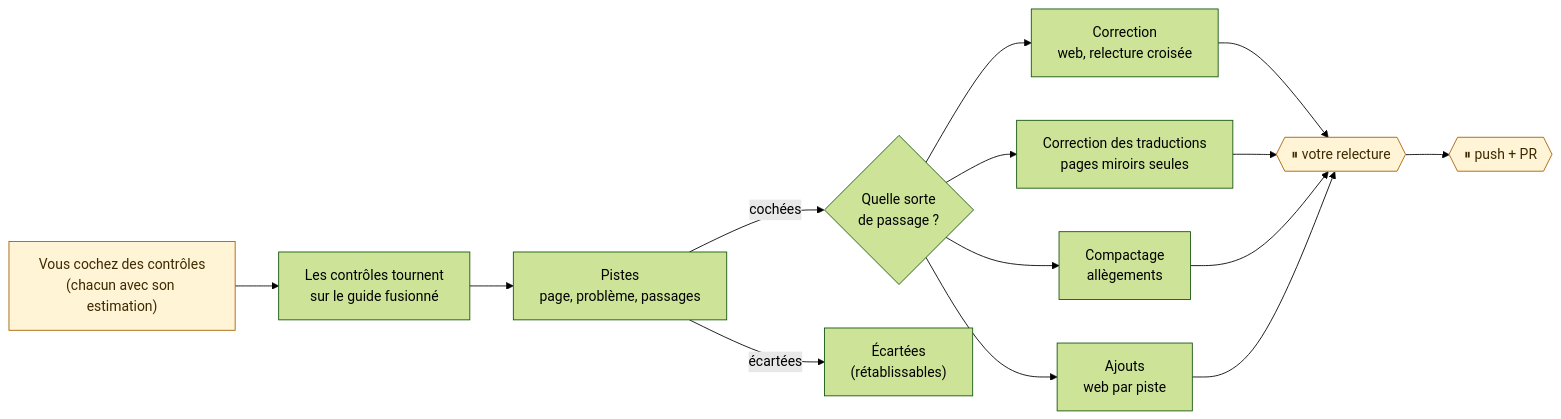
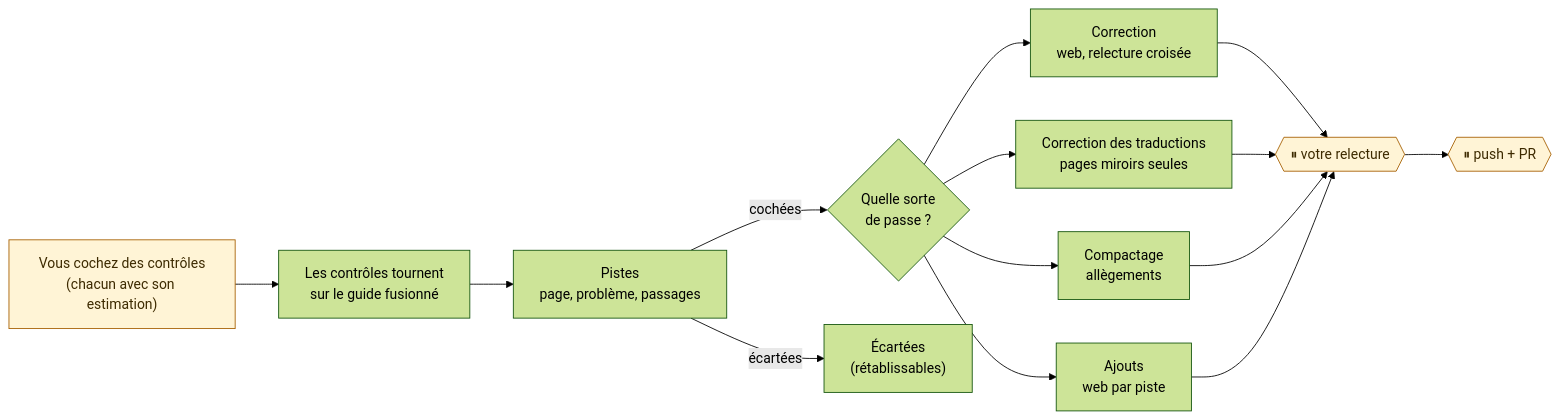
Before and after one commit to DamienBecherini/vault-watch-agent: the diagram in docs/fr/check.md, drawn with Mermaid (forest theme). The commit also changed other lines of this file and 15 other files, not shown here.

Commit message:
docs(fr): « passe » for a run of the agent, « passage » kept for a piece of text, as in the interface

````diff
--- a/docs/fr/check.md
+++ b/docs/fr/check.md
@@ -16,14 +16,14 @@
 ```mermaid
 flowchart LR
   pick["Vous cochez des contrôles<br/>(chacun avec son estimation)"] --> run["Les contrôles tournent<br/>sur le guide fusionné"]
   run --> leads["Pistes<br/>page, problème, passages"]
-  leads -->|cochées| kind{"Quelle sorte<br/>de passage ?"}
+  leads -->|cochées| kind{"Quelle sorte<br/>de passe ?"}
   leads -->|écartées| gone["Écartées<br/>(rétablissables)"]
   kind --> fix["Correction<br/>web, relecture croisée"]
   kind --> tr["Correction des traductions<br/>pages miroirs seules"]
   kind --> trim["Compactage<br/>allègements"]
   kind --> add["Ajouts<br/>web par piste"]
   fix & tr & trim & add --> review{{"⏸ votre relecture"}} --> pr{{"⏸ push + PR"}}
   classDef human fill:#fff4d6,stroke:#a65f00,color:#3d2a00
   class pick,review,pr human
 ```
````
